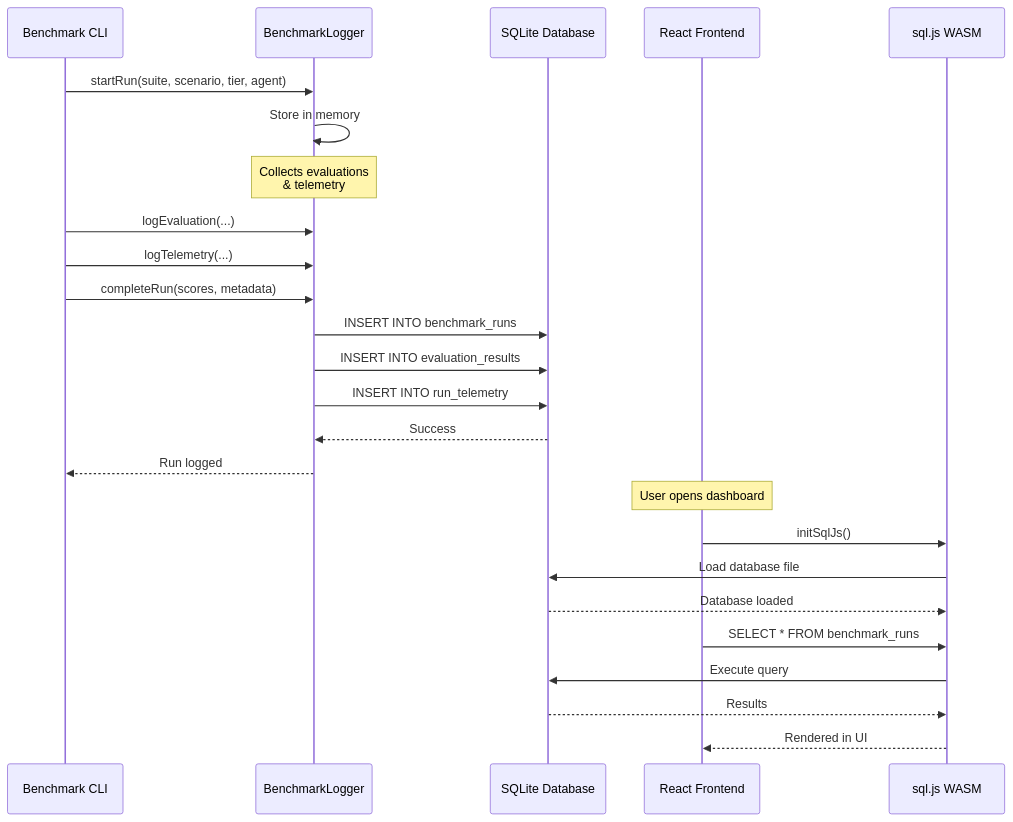
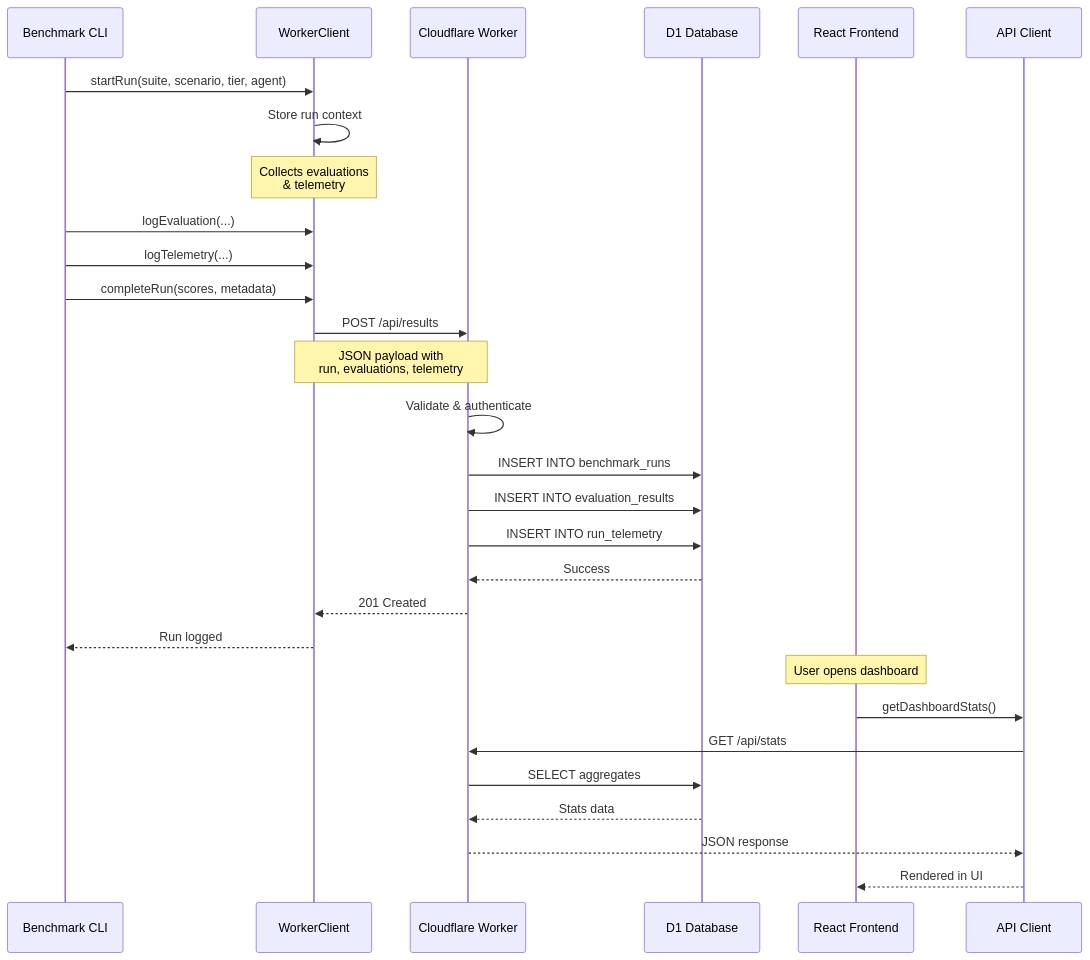
Before and after one commit to ZephyrCloudIO/ze-benchmarks: the fourth of 19 diagrams in ARCHITECTURE.md, drawn with Mermaid. The commit also changed other lines of this file and 15 other files, not shown here.

````diff
--- a/ARCHITECTURE.md
+++ b/ARCHITECTURE.md
@@ -178,30 +198,34 @@
 ```mermaid
 sequenceDiagram
     participant CLI as Benchmark CLI
-    participant Logger as BenchmarkLogger
-    participant SQLite as SQLite Database
+    participant WC as WorkerClient
+    participant Worker as Cloudflare Worker
+    participant D1 as D1 Database
     participant Frontend as React Frontend
-    participant SQLJS as sql.js WASM
+    participant API as API Client
 
-    CLI->>Logger: startRun(suite, scenario, tier, agent)
-    Logger->>Logger: Store in memory
-    Note over Logger: Collects evaluations<br/>& telemetry
-    CLI->>Logger: logEvaluation(...)
-    CLI->>Logger: logTelemetry(...)
-    CLI->>Logger: completeRun(scores, metadata)
+    CLI->>WC: startRun(suite, scenario, tier, agent)
+    WC->>WC: Store run context
+    Note over WC: Collects evaluations<br/>& telemetry
+    CLI->>WC: logEvaluation(...)
+    CLI->>WC: logTelemetry(...)
+    CLI->>WC: completeRun(scores, metadata)
 
-    Logger->>SQLite: INSERT INTO benchmark_runs
-    Logger->>SQLite: INSERT INTO evaluation_results
-    Logger->>SQLite: INSERT INTO run_telemetry
-    SQLite-->>Logger: Success
-    Logger-->>CLI: Run logged
+    WC->>Worker: POST /api/results
+    Note over WC,Worker: JSON payload with<br/>run, evaluations, telemetry
+    Worker->>Worker: Validate & authenticate
+    Worker->>D1: INSERT INTO benchmark_runs
+    Worker->>D1: INSERT INTO evaluation_results
+    Worker->>D1: INSERT INTO run_telemetry
+    D1-->>Worker: Success
+    Worker-->>WC: 201 Created
+    WC-->>CLI: Run logged
 
     Note over Frontend: User opens dashboard
-    Frontend->>SQLJS: initSqlJs()
-    SQLJS->>SQLite: Load database file
-    SQLite-->>SQLJS: Database loaded
-    Frontend->>SQLJS: SELECT * FROM benchmark_runs
-    SQLJS->>SQLite: Execute query
-    SQLite-->>SQLJS: Results
-    SQLJS-->>Frontend: Rendered in UI
+    Frontend->>API: getDashboardStats()
+    API->>Worker: GET /api/stats
+    Worker->>D1: SELECT aggregates
+    D1-->>Worker: Stats data
+    Worker-->>API: JSON response
+    API-->>Frontend: Rendered in UI
 ```
````
